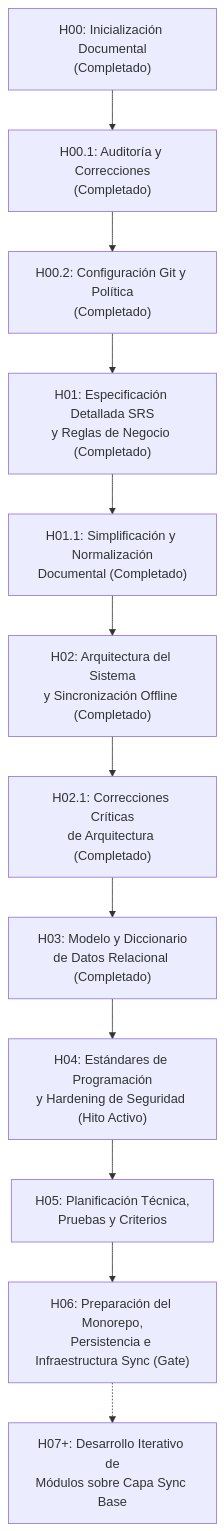
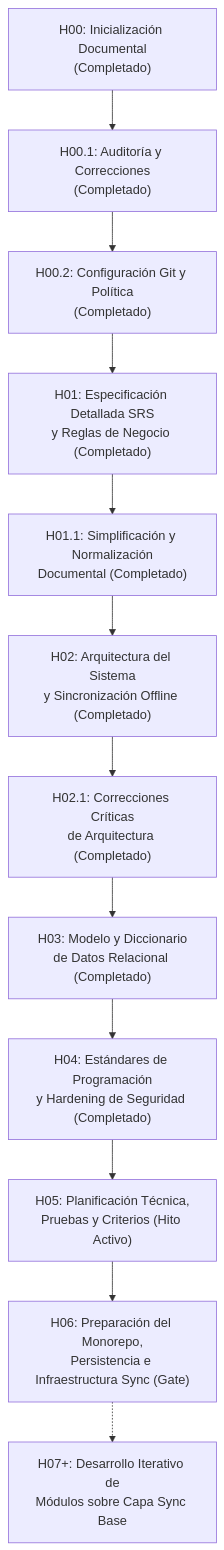
The diagram in docs/05-planificacion/PLAN_DESARROLLO.md (JMedina255/Proyecto_tienda), drawn with Mermaid before and after one commit. The commit also changed other lines of this file and 8 other files, not shown here.

````diff
--- a/docs/05-planificacion/PLAN_DESARROLLO.md
+++ b/docs/05-planificacion/PLAN_DESARROLLO.md
@@ -16,14 +16,14 @@
 ```mermaid
 flowchart TD
     H00["H00: Inicialización Documental\n(Completado)"] --> H00_1["H00.1: Auditoría y Correcciones\n(Completado)"]
     H00_1 --> H00_2["H00.2: Configuración Git y Política\n(Completado)"]
     H00_2 --> H01["H01: Especificación Detallada SRS\ny Reglas de Negocio (Completado)"]
     H01 --> H01_1["H01.1: Simplificación y Normalización\nDocumental (Completado)"]
     H01_1 --> H02["H02: Arquitectura del Sistema\ny Sincronización Offline (Completado)"]
     H02 --> H02_1["H02.1: Correcciones Críticas\nde Arquitectura (Completado)"]
     H02_1 --> H03["H03: Modelo y Diccionario\nde Datos Relacional (Completado)"]
-    H03 --> H04["H04: Estándares de Programación\ny Hardening de Seguridad (Hito Activo)"]
-    H04 --> H05["H05: Planificación Técnica,\nPruebas y Criterios"]
+    H03 --> H04["H04: Estándares de Programación\ny Hardening de Seguridad (Completado)"]
+    H04 --> H05["H05: Planificación Técnica,\nPruebas y Criterios (Hito Activo)"]
     H05 --> H06["H06: Preparación del Monorepo,\nPersistencia e Infraestructura Sync (Gate)"]
     H06 -.-> H07["H07+: Desarrollo Iterativo de\nMódulos sobre Capa Sync Base"]
 ```
````
